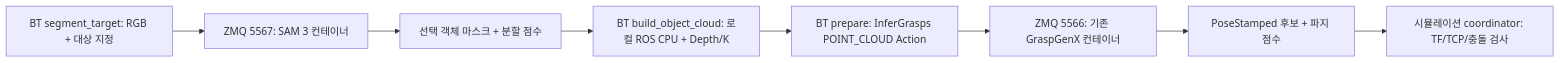
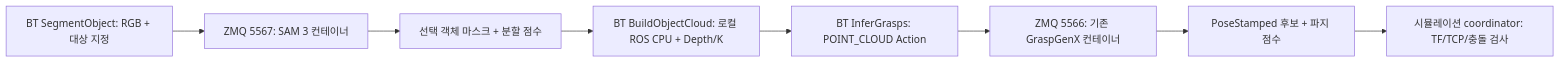
One commit to ggh-png/rwh_beyond changed the diagram in docs/sam3-perception.md. Above: the diagram before and after it, drawn with Mermaid. The commit also changed other lines of this file and 28 other files, not shown here.

Commit message:
Split grasp BT stages with typed Blackboard data flow

````diff
--- a/docs/sam3-perception.md
+++ b/docs/sam3-perception.md
@@ -11,10 +14,10 @@
 ```mermaid
 flowchart LR
-  A[BT segment_target: RGB + 대상 지정] --> C[ZMQ 5567: SAM 3 컨테이너]
+  A[BT SegmentObject: RGB + 대상 지정] --> C[ZMQ 5567: SAM 3 컨테이너]
   C --> D[선택 객체 마스크 + 분할 점수]
-  D --> E[BT build_object_cloud: 로컬 ROS CPU + Depth/K]
-  E --> B[BT prepare: InferGrasps POINT_CLOUD Action]
+  D --> E[BT BuildObjectCloud: 로컬 ROS CPU + Depth/K]
+  E --> B[BT InferGrasps: POINT_CLOUD Action]
   B --> F[ZMQ 5566: 기존 GraspGenX 컨테이너]
   F --> G[PoseStamped 후보 + 파지 점수]
   G --> H[시뮬레이션 coordinator: TF/TCP/충돌 검사]
 ```
````
